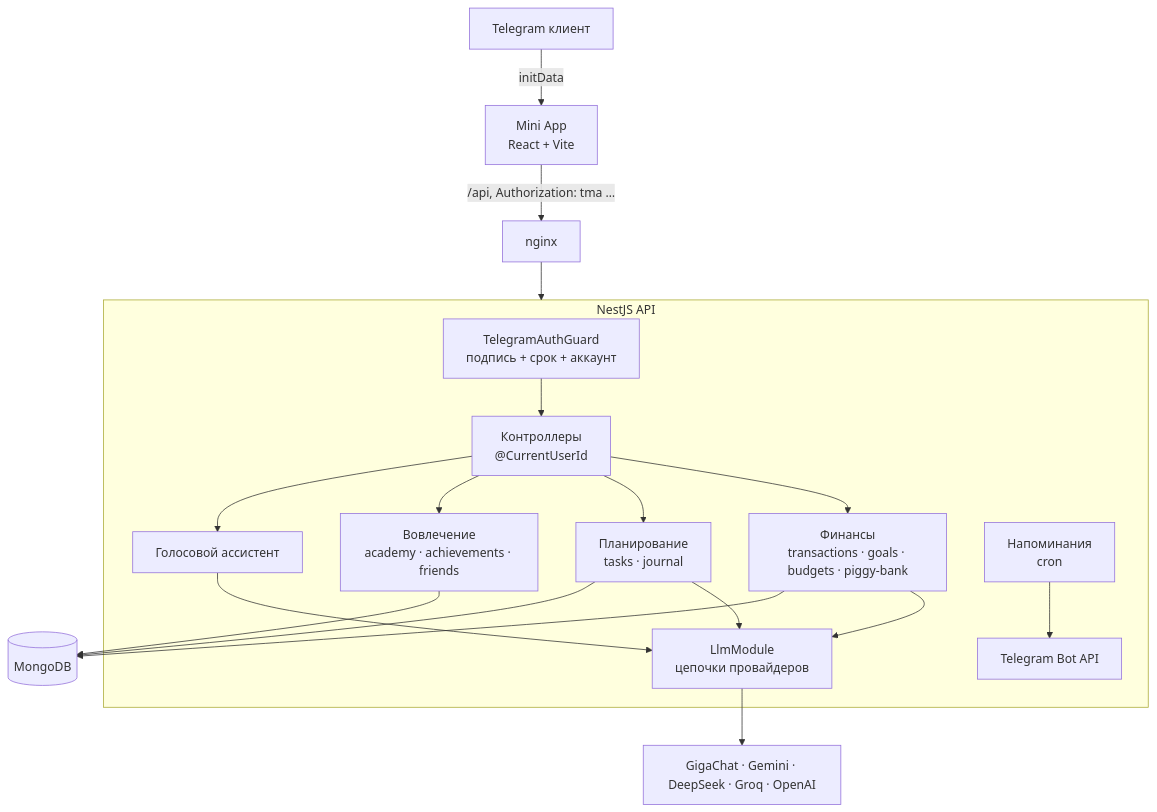
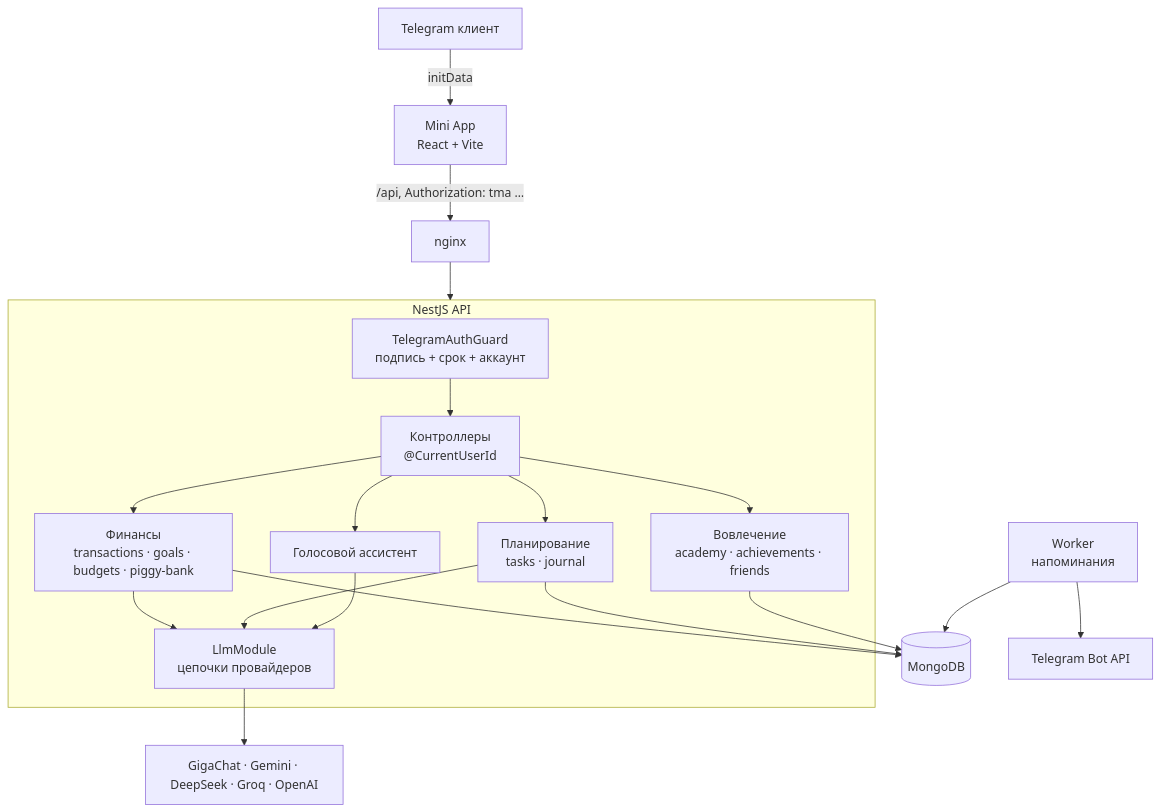
One commit to akoody/Capy changed the diagram in README.md. Above: the diagram before and after it, drawn with Mermaid. The commit also changed other lines of this file and 14 other files, not shown here.

````diff
--- a/README.md
+++ b/README.md
@@ -13,19 +13,20 @@
 ```mermaid
 flowchart TB
   TG["Telegram клиент"] -->|initData| WEB["Mini App<br/>React + Vite"]
   WEB -->|/api, Authorization: tma …| NGINX["nginx"]
   NGINX --> API
 
   subgraph API["NestJS API"]
     GUARD["TelegramAuthGuard<br/>подпись + срок + аккаунт"] --> CTRL["Контроллеры<br/>@CurrentUserId"]
     CTRL --> LEDGER["Финансы<br/>transactions · goals · budgets · piggy-bank"]
     CTRL --> PLAN["Планирование<br/>tasks · journal"]
     CTRL --> ENG["Вовлечение<br/>academy · achievements · friends"]
     CTRL --> ASSIST["Голосовой ассистент"]
     LEDGER & PLAN & ASSIST --> LLM["LlmModule<br/>цепочки провайдеров"]
-    CRON["Напоминания<br/>cron"] --> NOTIFY["Telegram Bot API"]
   end
 
   LEDGER & PLAN & ENG --> DB[("MongoDB")]
+  WORKER["Worker<br/>напоминания"] --> DB
+  WORKER --> NOTIFY["Telegram Bot API"]
   LLM --> PROVIDERS["GigaChat · Gemini · DeepSeek · Groq · OpenAI"]
 ```
````
